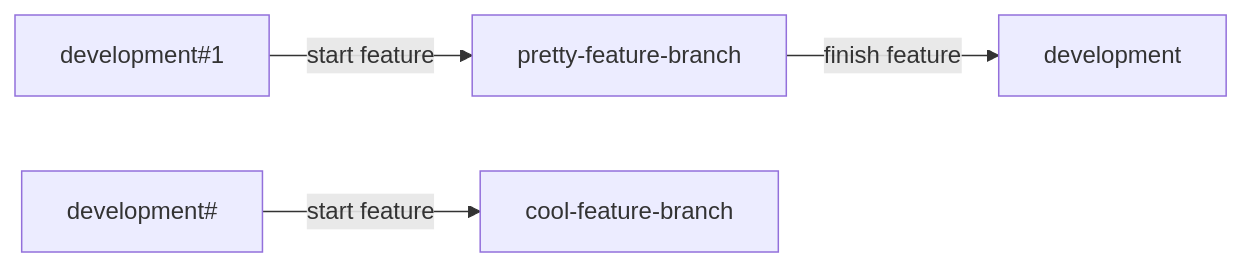
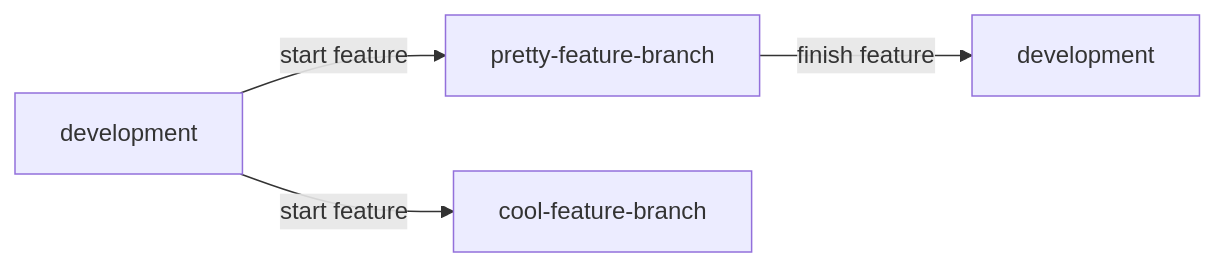
The diagram in testy/plan_zarządzania_jakością_produktu.md (hasparus/software-engineering-class), drawn with Mermaid before and after one commit. The commit also changed other lines of this file, not shown here.

Commit message:
Uploaded by https://stackedit.io/

````diff
--- a/testy/plan_zarządzania_jakością_produktu.md
+++ b/testy/plan_zarządzania_jakością_produktu.md
@@ -19,7 +19,8 @@
 ```mermaid
 graph LR;
-	development#1--start feature-->pretty-feature-branch;
-	development#--start feature-->cool-feature-branch;
-	pretty-feature-branch--finish feature-->development;
+	d#1[development]--start feature-->pretty-feature-branch;
+	d#1[development]--start feature-->cool-feature-branch;
+	pretty-feature-branch--finish feature-->d#2[development];
+	
 	
 ```
````
